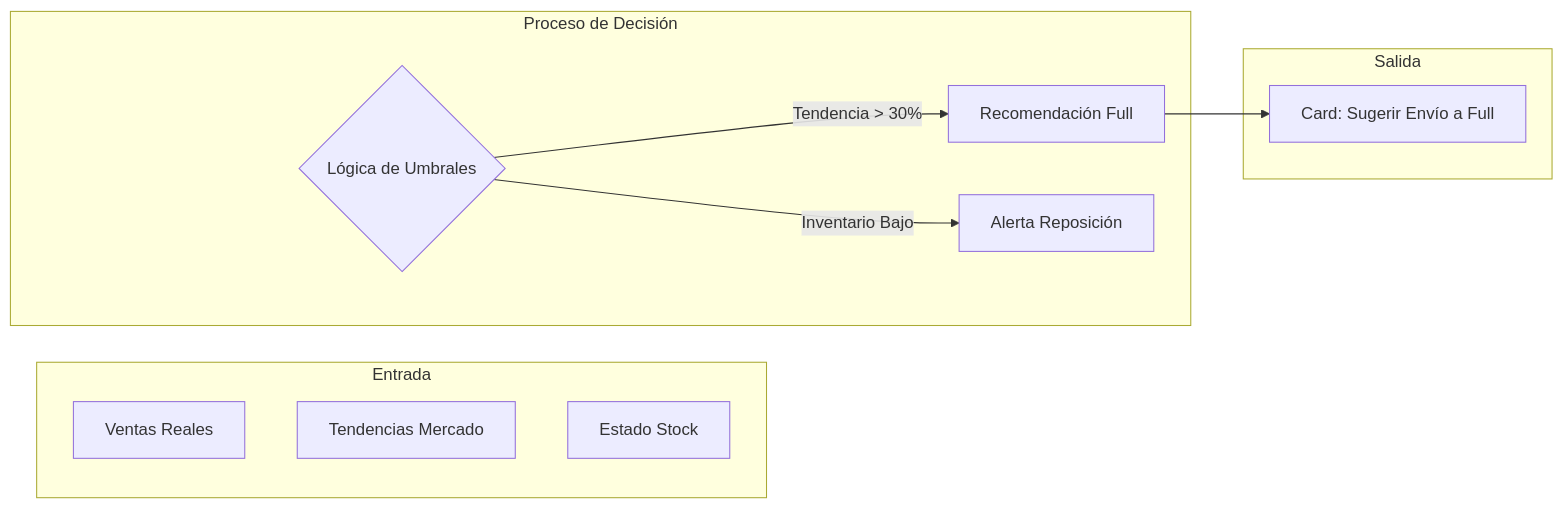
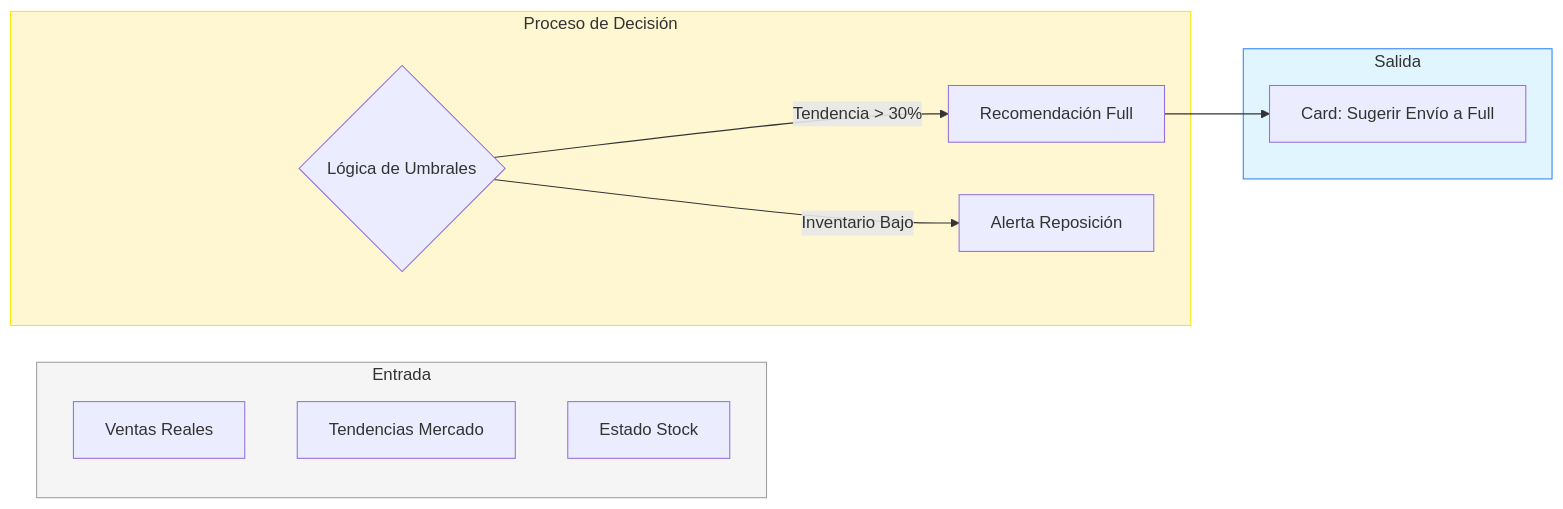
One commit to Srozasc/meli-seller-command-center changed the diagram in docs/AUTODOC_AI_INSIGHTS_MODEL.md. Above: the diagram before and after it, drawn with Mermaid. The commit also changed other lines of this file and 3 other files, not shown here.

Commit message:
docs: improve contrast in Mermaid diagrams across all documents

````diff
--- a/docs/AUTODOC_AI_INSIGHTS_MODEL.md
+++ b/docs/AUTODOC_AI_INSIGHTS_MODEL.md
@@ -9,18 +7,29 @@
 ```mermaid
 graph LR
     subgraph Data_Inputs [Entrada]
         V[Ventas Reales]
         T[Tendencias Mercado]
         S[Estado Stock]
     end
     
     subgraph Engine [Proceso de Decisión]
         D{Lógica de Umbrales}
         D -- Tendencia > 30% --> R1[Recomendación Full]
         D -- Inventario Bajo --> R2[Alerta Reposición]
     end
     
     subgraph UI_Output [Salida]
         R1 --> Insight[Card: Sugerir Envío a Full]
     end
+
+    style Data_Inputs fill:#f5f5f5,stroke:#9e9e9e,color:#333
+    style Engine fill:#fff7d1,stroke:#ffe600,color:#333
+    style UI_Output fill:#e1f5fe,stroke:#3483fa,color:#333
+    style V color:#333
+    style T color:#333
+    style S color:#333
+    style D color:#333
+    style R1 color:#333
+    style R2 color:#333
+    style Insight color:#333
 ```
````
